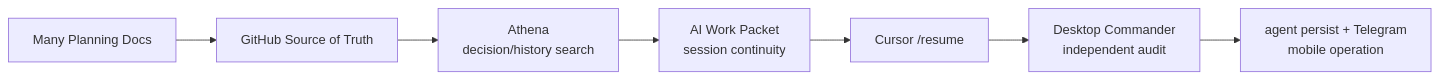
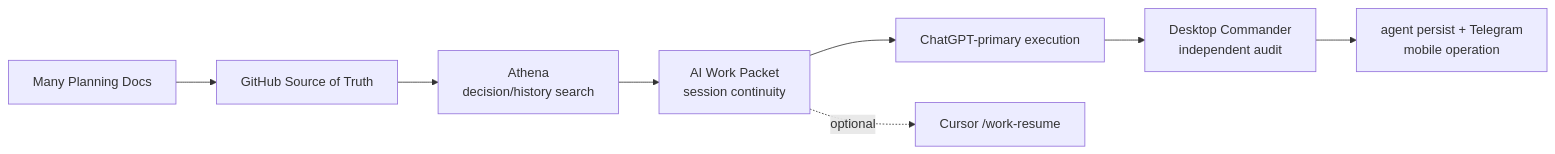
Before and after one commit to datarelay-labs/engineering-system-docs: the diagram in evolution.mdx, drawn with Mermaid. The commit also changed other lines of this file and 21 other files, not shown here.

Commit message:
docs: make ChatGPT the default implementation path

```diff
--- a/evolution.mdx
+++ b/evolution.mdx
@@ -28,9 +28,10 @@
 ~~~mermaid
 flowchart LR
     A["Many Planning Docs"] --> B["GitHub Source of Truth"]
     B --> C["Athena<br/>decision/history search"]
     C --> D["AI Work Packet<br/>session continuity"]
-    D --> E["Cursor /resume"]
+    D --> E["ChatGPT-primary execution"]
+    D -. optional .-> X["Cursor /work-resume"]
     E --> F["Desktop Commander<br/>independent audit"]
     F --> G["agent persist + Telegram<br/>mobile operation"]
 ~~~
```
